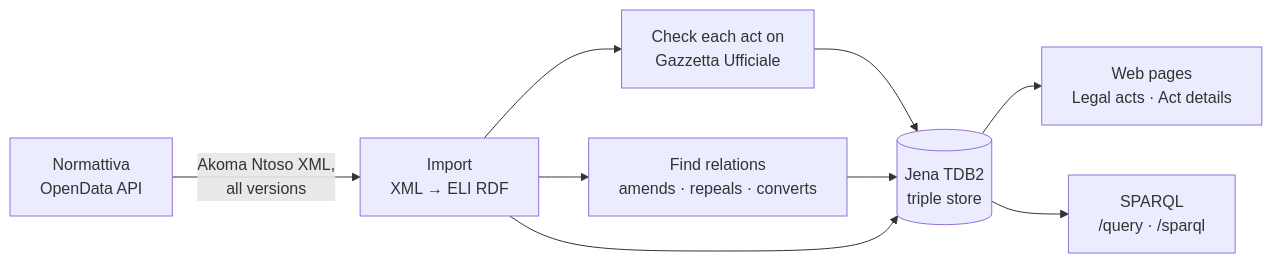
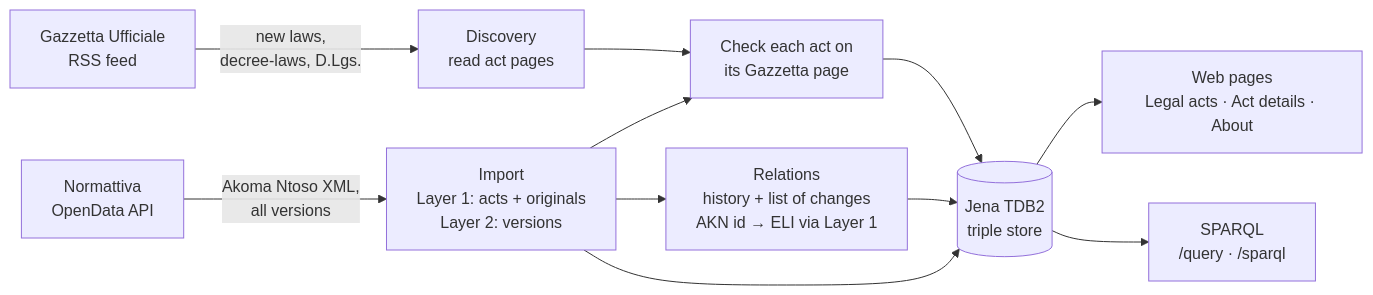
Before and after one commit to arvind088/Crawlar-gazzettaufficial: the diagram in README.md, drawn with Mermaid. The commit also changed other lines of this file and 33 other files, not shown here.

````diff
--- a/README.md
+++ b/README.md
@@ -23,11 +22,13 @@
 ```mermaid
 flowchart LR
-    N[Normattiva<br/>OpenData API] -->|Akoma Ntoso XML,<br/>all versions| I[Import<br/>XML → ELI RDF]
-    I --> G[Check each act on<br/>Gazzetta Ufficiale]
-    I --> R[Find relations<br/>amends · repeals · converts]
+    RSS[Gazzetta Ufficiale<br/>RSS feed] -->|new laws,<br/>decree-laws, D.Lgs.| D[Discovery<br/>read act pages]
+    N[Normattiva<br/>OpenData API] -->|Akoma Ntoso XML,<br/>all versions| I[Import<br/>Layer 1: acts + originals<br/>Layer 2: versions]
+    I --> G[Check each act on<br/>its Gazzetta page]
+    D --> G
+    I --> R[Relations<br/>history + list of changes<br/>AKN id → ELI via Layer 1]
     G --> S[(Jena TDB2<br/>triple store)]
     R --> S
     I --> S
-    S --> W[Web pages<br/>Legal acts · Act details]
+    S --> W[Web pages<br/>Legal acts · Act details · About]
     S --> Q[SPARQL<br/>/query · /sparql]
 ```
````
